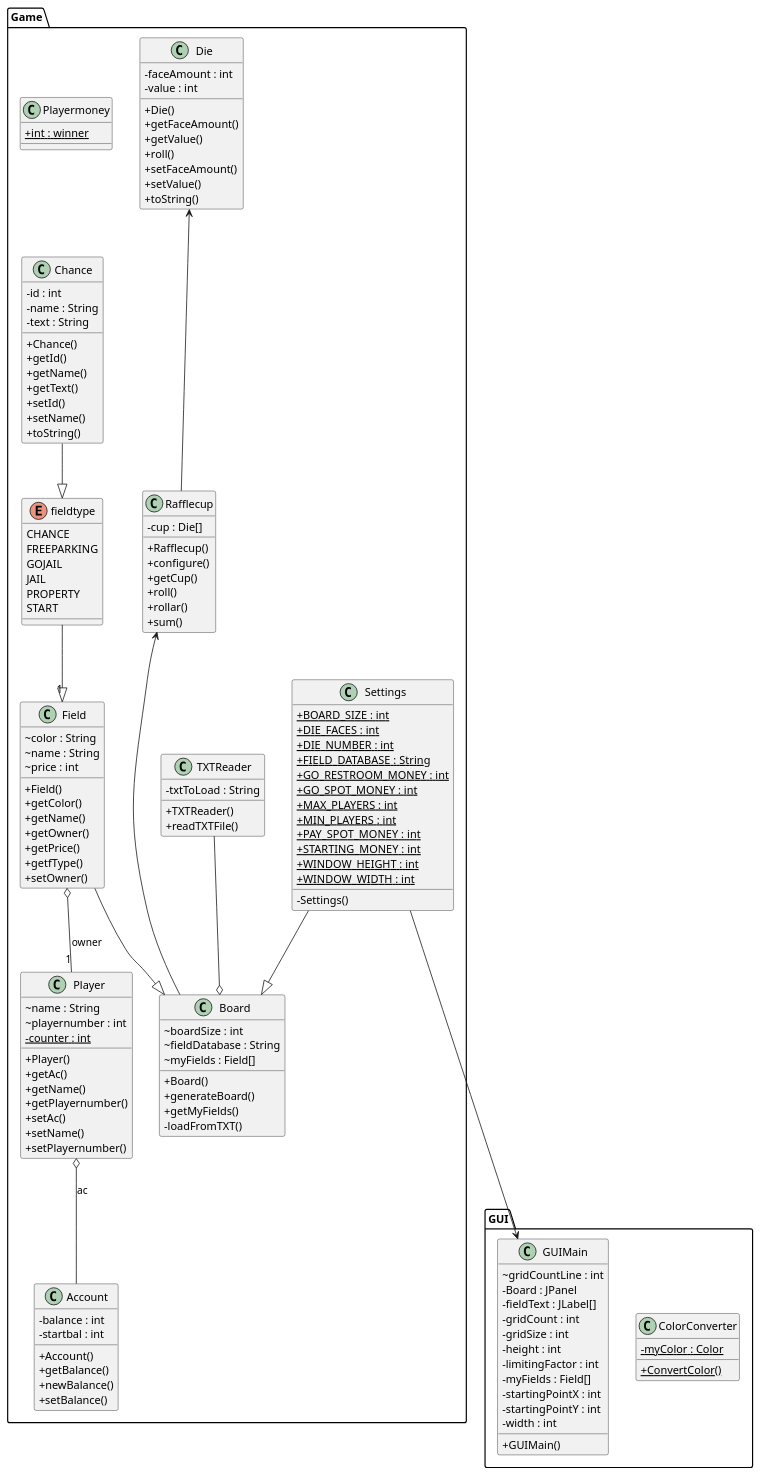
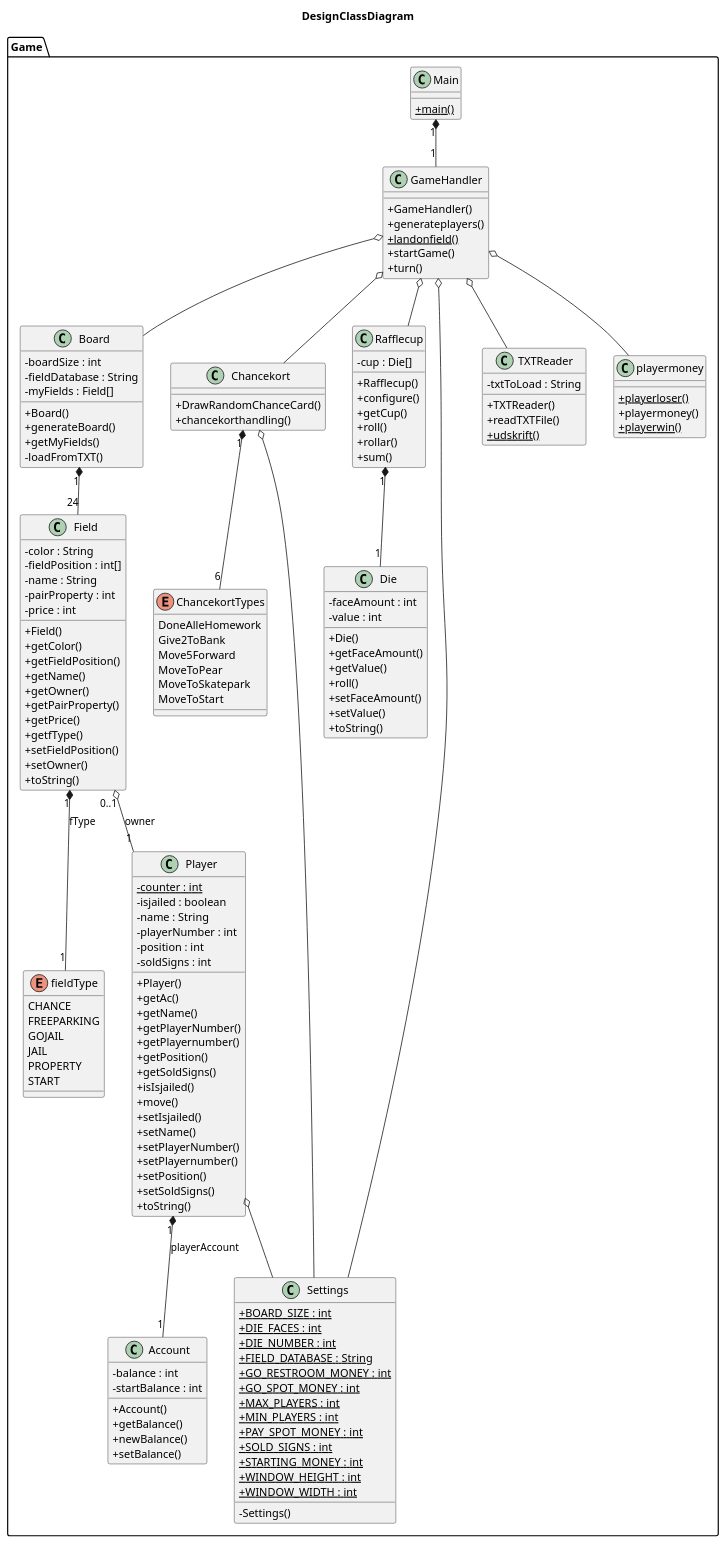
The diagram in src/main/java/Game/Diagrams/DesignClassDiagram.puml (GoodGithubAccount/02_CDIO3), drawn with PlantUML before and after one commit. The commit also changed 1 other file, not shown here.

Commit message:
DesignClassDiagram.puml lavet

```diff
--- a/src/main/java/Game/Diagrams/DesignClassDiagram.puml
+++ b/src/main/java/Game/Diagrams/DesignClassDiagram.puml
@@ -1,22 +1,24 @@
 @startuml
 
+title DesignClassDiagram
 skinparam classAttributeIconSize 0
-
   namespace Game {
     class Game.Account {
         - balance : int
-        - startbal : int
+        - startBalance : int
         + Account()
         + getBalance()
         + newBalance()
         + setBalance()
     }
   }
+
+
   namespace Game {
     class Game.Board {
-        ~ boardSize : int
-        ~ fieldDatabase : String
-        ~ myFields : Field[]
+        - boardSize : int
+        - fieldDatabase : String
+        - myFields : Field[]
         + Board()
         + generateBoard()
         + getMyFields()
@@ -24,20 +26,26 @@
     }
   }
 
+
   namespace Game {
-    class Game.Chance {
-        - id : int
-        - name : String
-        - text : String
-        + Chance()
-        + getId()
-        + getName()
-        + getText()
-        + setId()
-        + setName()
-        + toString()
+    class Game.Chancekort {
+        + DrawRandomChanceCard()
+        + chancekorthandling()
     }
   }
+
+
+  namespace Game {
+    enum ChancekortTypes {
+      DoneAlleHomework
+      Give2ToBank
+      Move5Forward
+      MoveToPear
+      MoveToSkatepark
+      MoveToStart
+    }
+  }
+
 
   namespace Game {
     class Game.Die {
@@ -53,23 +61,31 @@
     }
   }
 
+
   namespace Game {
     class Game.Field {
-        ~ color : String
-        ~ name : String
-        ~ price : int
+        - color : String
+        - fieldPosition : int[]
+        - name : String
+        - pairProperty : int
+        - price : int
         + Field()
         + getColor()
+        + getFieldPosition()
         + getName()
         + getOwner()
+        + getPairProperty()
         + getPrice()
         + getfType()
+        + setFieldPosition()
         + setOwner()
+        + toString()
     }
   }
 
+
   namespace Game {
-    enum fieldtype {
+    enum fieldType {
       CHANCE
       FREEPARKING
       GOJAIL
@@ -79,20 +95,52 @@
     }
   }
 
+
+  namespace Game {
+    class Game.GameHandler {
+        + GameHandler()
+        + generateplayers()
+        {static} + landonfield()
+        + startGame()
+        + turn()
+    }
+  }
+
+
+  namespace Game {
+    class Game.Main {
+        {static} + main()
+    }
+  }
+
+
   namespace Game {
     class Game.Player {
-        ~ name : String
-        ~ playernumber : int
         {static} - counter : int
+        - isjailed : boolean
+        - name : String
+        - playerNumber : int
+        - position : int
+        - soldSigns : int
         + Player()
         + getAc()
         + getName()
+        + getPlayerNumber()
         + getPlayernumber()
-        + setAc()
+        + getPosition()
+        + getSoldSigns()
+        + isIsjailed()
+        + move()
+        + setIsjailed()
         + setName()
+        + setPlayerNumber()
         + setPlayernumber()
+        + setPosition()
+        + setSoldSigns()
+        + toString()
     }
   }
+
 
   namespace Game {
     class Game.Rafflecup {
@@ -106,6 +154,7 @@
     }
   }
 
+
   namespace Game {
     class Game.Settings {
         {static} + BOARD_SIZE : int
@@ -117,6 +166,7 @@
         {static} + MAX_PLAYERS : int
         {static} + MIN_PLAYERS : int
         {static} + PAY_SPOT_MONEY : int
+        {static} + SOLD_SIGNS : int
         {static} + STARTING_MONEY : int
         {static} + WINDOW_HEIGHT : int
         {static} + WINDOW_WIDTH : int
@@ -124,54 +174,53 @@
     }
   }
 
+
   namespace Game {
     class Game.TXTReader {
         - txtToLoad : String
         + TXTReader()
         + readTXTFile()
+        {static} + udskrift()
     }
   }
-namespace Game {
-class Game.Playermoney {
- {static} + int : winner
-}
-}
-  namespace GUI {
-      class GUI.ColorConverter {
-          {static} - myColor : Color
-          {static} + ConvertColor()
-      }
+
+
+  namespace Game {
+    class Game.playermoney {
+        {static} + playerloser()
+        + playermoney()
+        {static} + playerwin()
     }
-
-    namespace GUI {
-      class GUI.GUIMain {
-          ~ gridCountLine : int
-          - Board : JPanel
-          - fieldText : JLabel[]
-          - gridCount : int
-          - gridSize : int
-          - height : int
-          - limitingFactor : int
-          - myFields : Field[]
-          - startingPointX : int
-          - startingPointY : int
-          - width : int
-          + GUIMain()
-      }
-    }
-
-  Game.Field o-- "1" Game.Player : owner
-
-  Game.Player o-- Game.Account : ac
-    Game.Field --|> Game.Board
-    Game.Settings --|> Game.Board
-Game.Die <--- Game.Rafflecup
-Game.fieldtype --|> "1" Game.Field
-Game.Settings ---> GUI.GUIMain
-Game.Chance --|> Game.fieldtype
-Game.TXTReader --o Game.Board
-Game.Rafflecup <--- Game.Board
+  }
 
 
 
+  Game.Chancekort "1" *-- "6" Game.ChancekortTypes
+  Game.Chancekort o-- Game.Settings
+
+
+  Game.Field "1" *-- "1" Game.fieldType : fType
+  Game.Field "0..1" o-- "1" Game.Player : owner
+
+
+  Game.Player "1" *-- "1" Game.Account : playerAccount
+  Game.Player o-- Game.Settings
+
+
+  Game.GameHandler o-- Game.Chancekort
+  Game.GameHandler o-- Game.Settings
+  Game.GameHandler o-- Game.TXTReader
+  Game.GameHandler o-- Game.playermoney
+  Game.GameHandler o-- Game.Rafflecup
+  Game.GameHandler o-- Game.Board
+
+
+  Game.Main "1" *-- "1" Game.GameHandler
+
+
+  Game.Rafflecup "1" *-- "1" Game.Die
+
+
+  Game.Board "1" *-- "24" Game.Field
+
 @enduml
```
